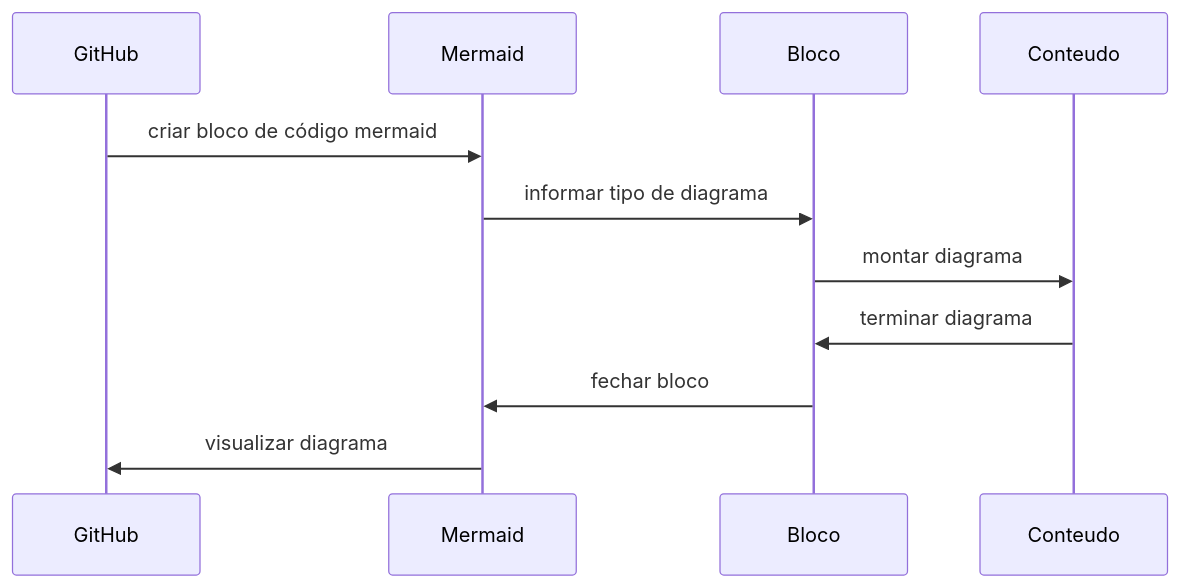
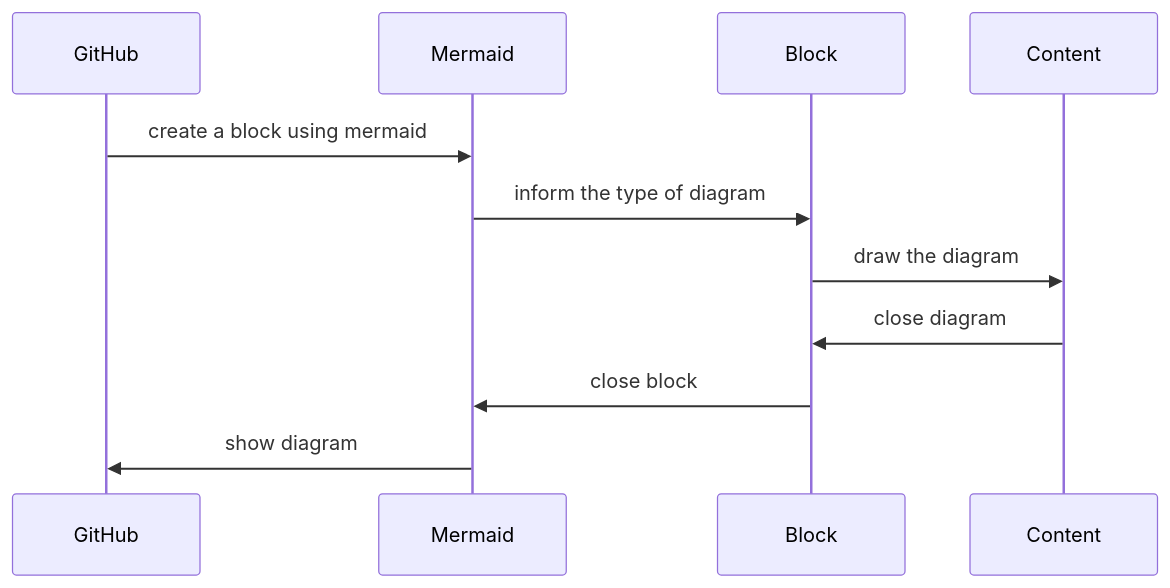
The diagram in README.md (domeneghetti/readmMermaid), drawn with Mermaid before and after one commit. The commit also changed other lines of this file, not shown here.

````diff
--- a/README.md
+++ b/README.md
@@ -5,9 +6,9 @@
 ```mermaid
 sequenceDiagram
-GitHub ->> Mermaid: criar bloco de código mermaid
-Mermaid ->> Bloco: informar tipo de diagrama
-Bloco ->> Conteudo: montar diagrama
-Conteudo ->> Bloco: terminar diagrama
-Bloco ->> Mermaid: fechar bloco
-Mermaid ->> GitHub: visualizar diagrama
+GitHub ->> Mermaid: create a block using mermaid
+Mermaid ->> Block: inform the type of diagram
+Block ->> Content: draw the diagram
+Content ->> Block: close diagram
+Block ->> Mermaid: close block
+Mermaid ->> GitHub: show diagram
 ```
````
